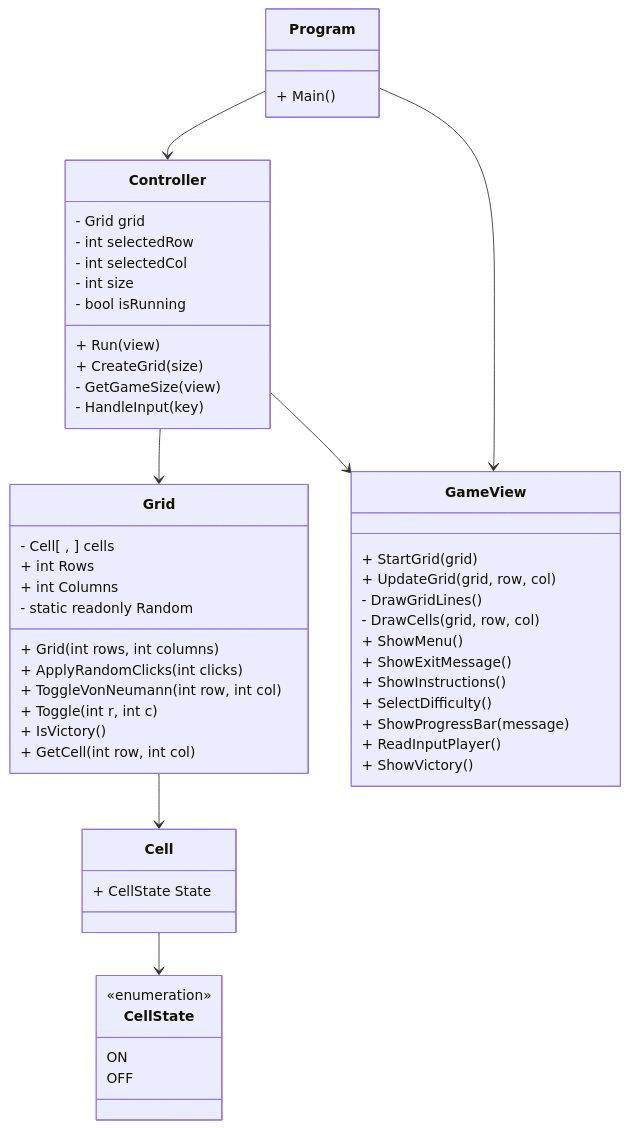
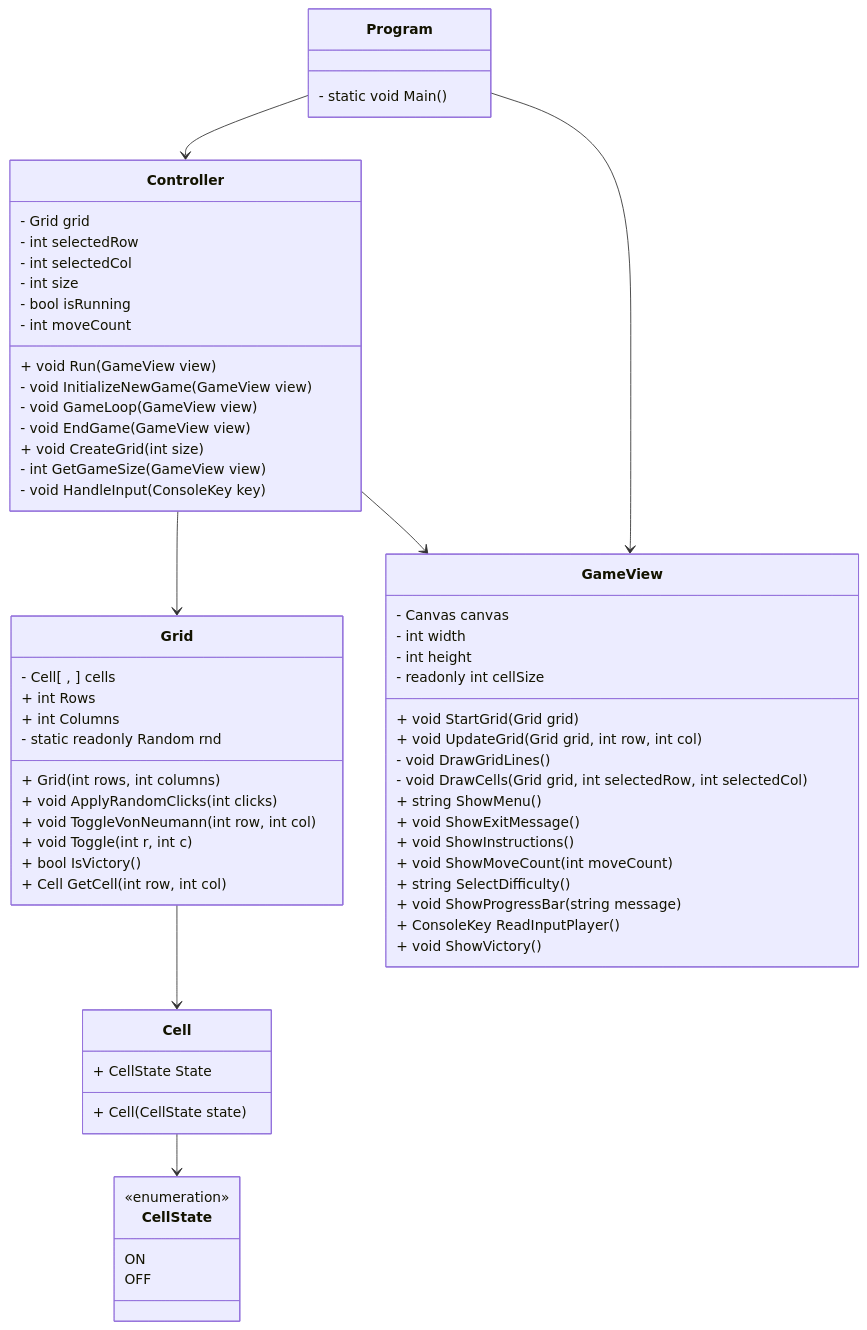
The diagram in README.md (Miguel4Rodrigues/blackout-lc-a22208721), drawn with Mermaid before and after one commit. The commit also changed other lines of this file and 2 other files, not shown here.

Commit message:
Update README.md UML and Update Comments

````diff
--- a/README.md
+++ b/README.md
@@ -182,63 +186,73 @@
 ```mermaid
 classDiagram
 
 class Grid {
   - Cell[ , ] cells
   + int Rows
   + int Columns
-  - static readonly Random
+  - static readonly Random rnd
   + Grid(int rows, int columns)
-  + ApplyRandomClicks(int clicks)
-  + ToggleVonNeumann(int row, int col)
-  + Toggle(int r, int c)
-  + IsVictory()
-  + GetCell(int row, int col)
+  + void ApplyRandomClicks(int clicks)
+  + void ToggleVonNeumann(int row, int col)
+  + void Toggle(int r, int c)
+  + bool IsVictory()
+  + Cell GetCell(int row, int col)
 }
 
 class Cell {
   + CellState State
+  + Cell(CellState state)
 }
 
 class GameView {
-  + StartGrid(grid)
-  + UpdateGrid(grid, row, col)
-  - DrawGridLines()
-  - DrawCells(grid, row, col)
-  + ShowMenu()
-  + ShowExitMessage()
-  + ShowInstructions()
-  + SelectDifficulty()
-  + ShowProgressBar(message)
-  + ReadInputPlayer()
-  + ShowVictory()
+  - Canvas canvas
+  - int width
+  - int height
+  - readonly int cellSize
+  + void StartGrid(Grid grid)
+  + void UpdateGrid(Grid grid, int row, int col)
+  - void DrawGridLines()
+  - void DrawCells(Grid grid, int selectedRow, int selectedCol)
+  + string ShowMenu()
+  + void ShowExitMessage()
+  + void ShowInstructions()
+  + void ShowMoveCount(int moveCount)
+  + string SelectDifficulty()
+  + void ShowProgressBar(string message)
+  + ConsoleKey ReadInputPlayer()
+  + void ShowVictory()
 }
 
 class Controller {
   - Grid grid
   - int selectedRow
   - int selectedCol
   - int size
   - bool isRunning
-  + Run(view)
-  + CreateGrid(size)
-  - GetGameSize(view)
-  - HandleInput(key)
+  - int moveCount
+  + void Run(GameView view)
+  - void InitializeNewGame(GameView view)
+  - void GameLoop(GameView view)
+  - void EndGame(GameView view)
+  + void CreateGrid(int size)
+  - int GetGameSize(GameView view)
+  - void HandleInput(ConsoleKey key)
 }
 
 class CellState {
   <<enumeration>>
   ON
   OFF
 }
 
 class Program {
-  + Main()
+  - static void Main()
 }
 
 Program --> Controller
 Program --> GameView
 Controller --> Grid
 Grid --> Cell
 Cell --> CellState
 Controller --> GameView
 ```
````
